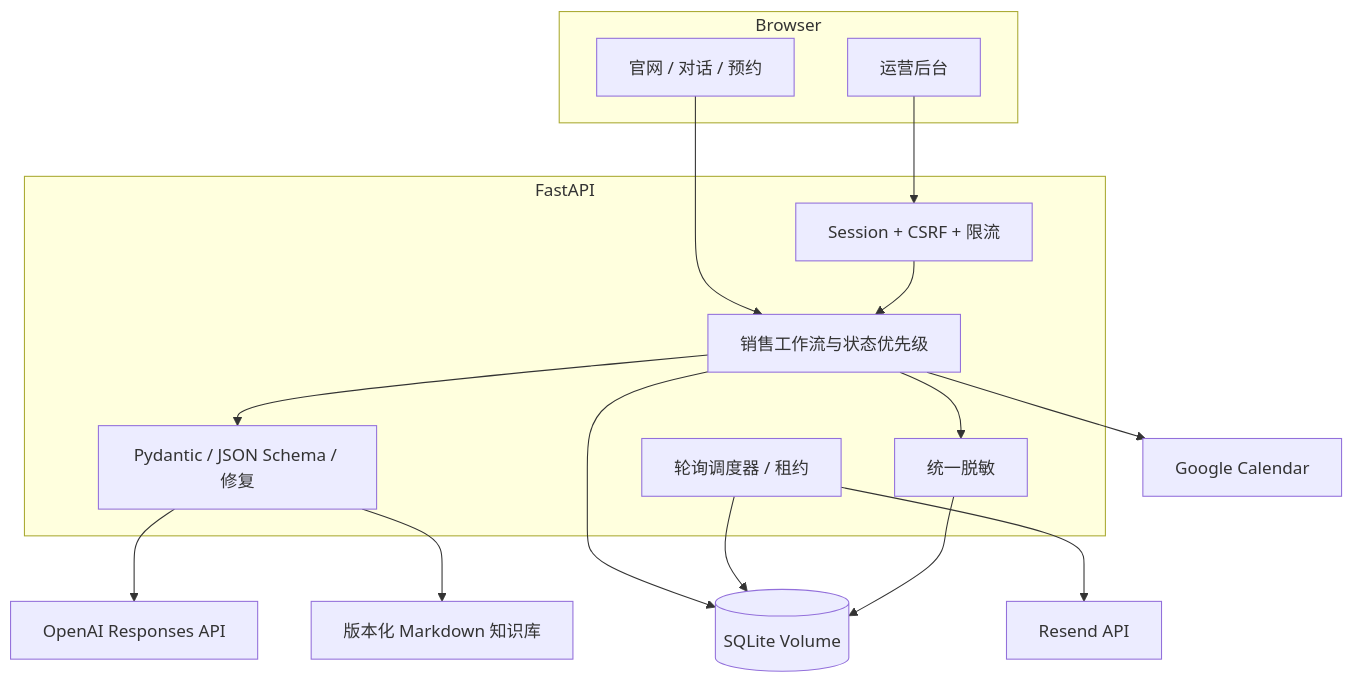
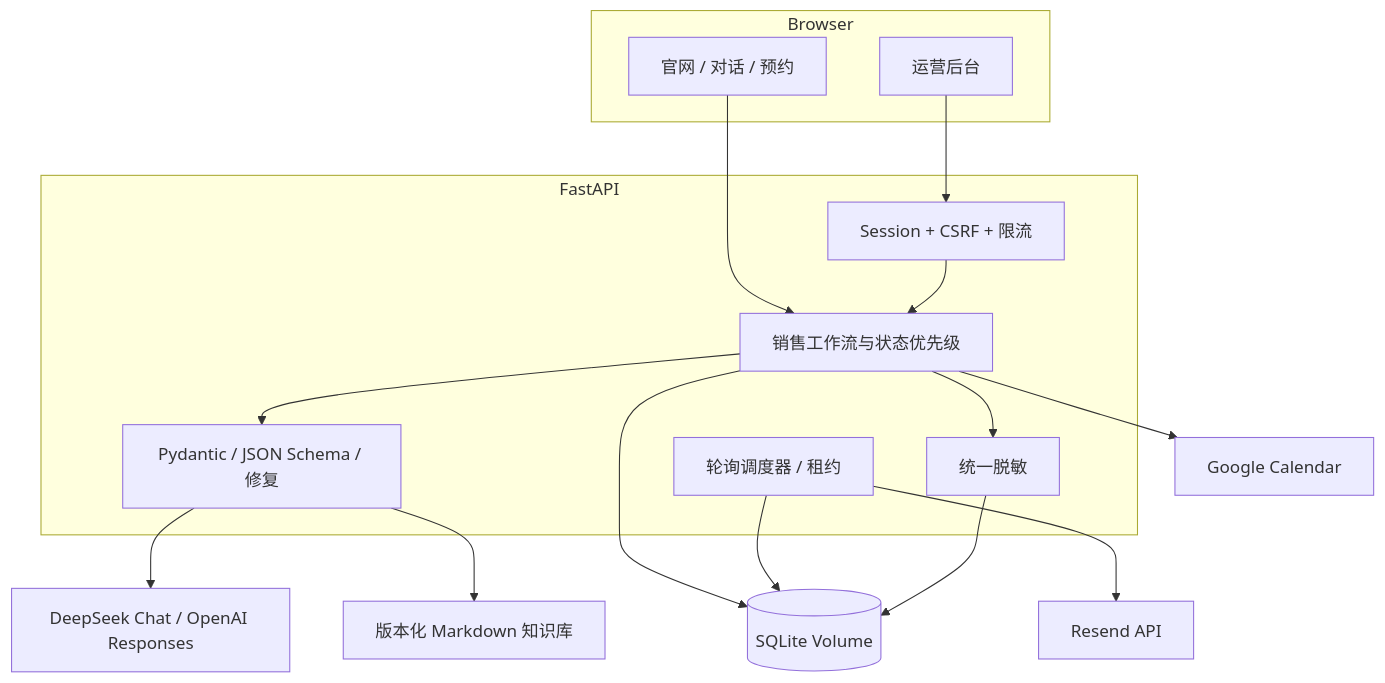
The first of 5 diagrams in docs/architecture.md (wuyuhang0519-cyber/julu-ai-sales-assistant), drawn with Mermaid before and after one commit. The commit also changed other lines of this file and 13 other files, not shown here.

Commit message:
feat: add DeepSeek real AI provider

````diff
--- a/docs/architecture.md
+++ b/docs/architecture.md
@@ -5,23 +5,23 @@
 ```mermaid
 flowchart TB
   subgraph Browser
     Public[官网 / 对话 / 预约]
     Admin[运营后台]
   end
   subgraph FastAPI
     Auth[Session + CSRF + 限流]
     Workflow[销售工作流与状态优先级]
     Validate[Pydantic / JSON Schema / 修复]
     Scheduler[轮询调度器 / 租约]
     Redactor[统一脱敏]
   end
   Public --> Workflow
   Admin --> Auth --> Workflow
-  Workflow --> Validate --> OpenAI[OpenAI Responses API]
+  Workflow --> Validate --> AI[DeepSeek Chat / OpenAI Responses]
   Workflow --> Calendar[Google Calendar]
   Scheduler --> Resend[Resend API]
   Workflow --> SQLite[(SQLite Volume)]
   Scheduler --> SQLite
   Workflow --> Redactor --> SQLite
   Validate --> KB[版本化 Markdown 知识库]
 ```
````
